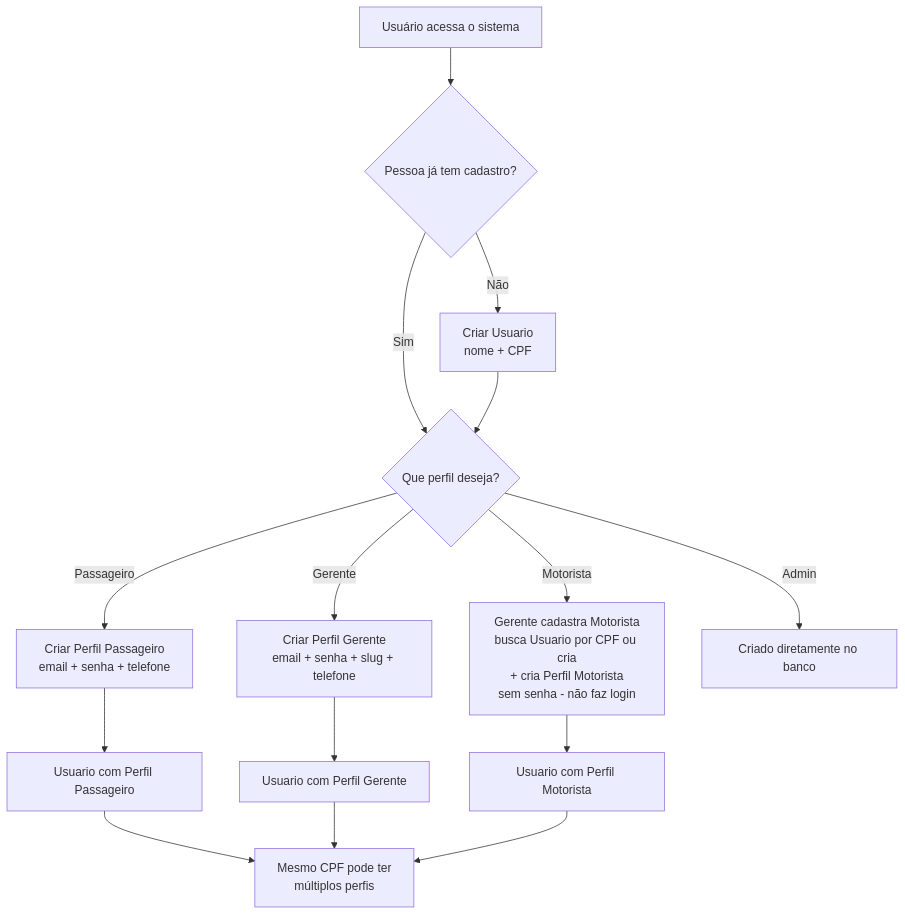
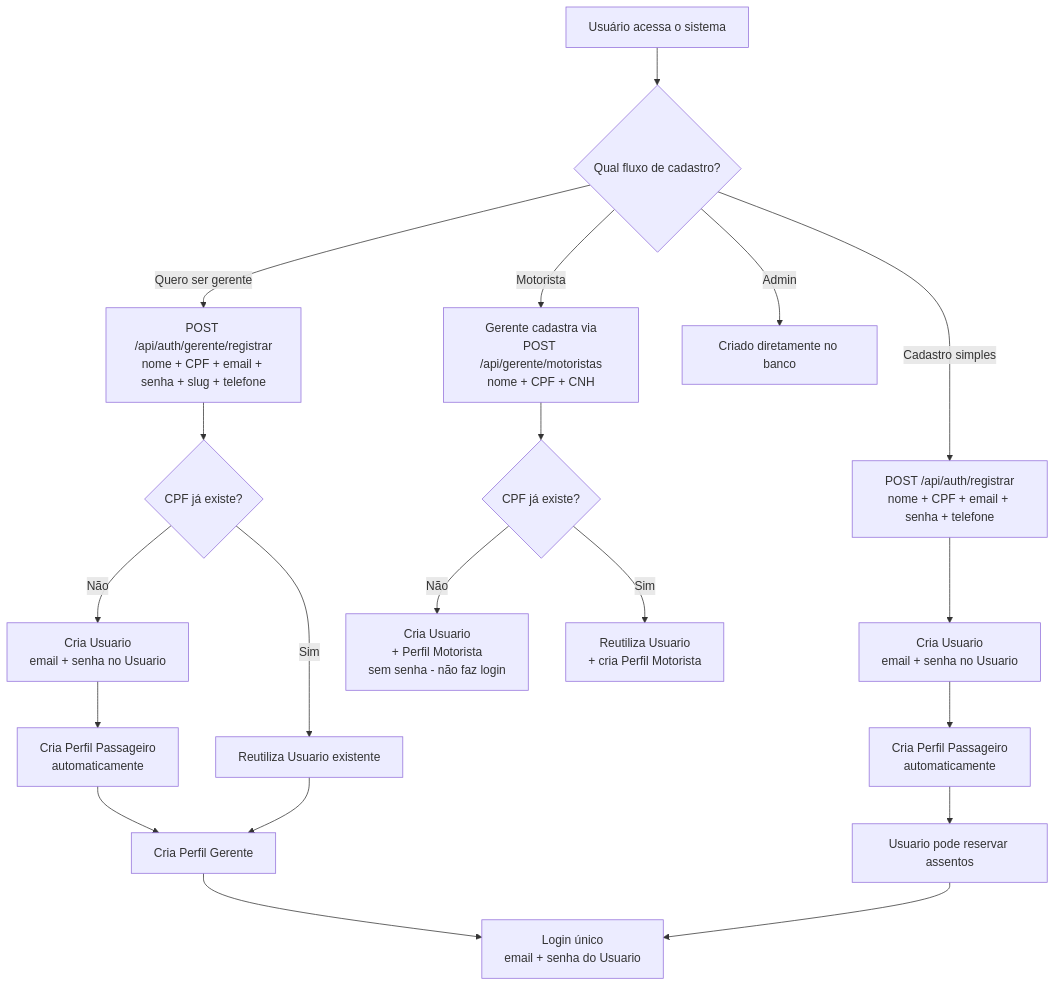
One commit to zico10-arthur/BackEnd-VanBora changed the first of 4 diagrams in plans/inicial.md. Above: the diagram before and after it, drawn with Mermaid. The commit also changed other lines of this file and 3 other files, not shown here.

````diff
--- a/plans/inicial.md
+++ b/plans/inicial.md
@@ -121,19 +152,26 @@
 ```mermaid
 flowchart TD
-    A[Usuário acessa o sistema] --> B{Pessoa já tem cadastro?}
-    B -->|Não| C[Criar Usuario\nnome + CPF]
-    B -->|Sim| D{Que perfil deseja?}
-    C --> D
-    D -->|Passageiro| E[Criar Perfil Passageiro\nemail + senha + telefone]
-    D -->|Gerente| F[Criar Perfil Gerente\nemail + senha + slug + telefone]
-    D -->|Motorista| G[Gerente cadastra Motorista\nbusca Usuario por CPF ou cria\n+ cria Perfil Motorista\nsem senha - não faz login]
-    D -->|Admin| H[Criado diretamente no banco]
+    A[Usuário acessa o sistema] --> B{Qual fluxo de cadastro?}
+    B -->|Cadastro simples| C[POST /api/auth/registrar\nnome + CPF + email + senha + telefone]
+    B -->|Quero ser gerente| D[POST /api/auth/gerente/registrar\nnome + CPF + email + senha + slug + telefone]
+    B -->|Motorista| E[Gerente cadastra via\nPOST /api/gerente/motoristas\nnome + CPF + CNH]
+    B -->|Admin| F[Criado diretamente no banco]
     
-    E --> I[Usuario com Perfil Passageiro]
-    F --> J[Usuario com Perfil Gerente]
-    G --> K[Usuario com Perfil Motorista]
+    C --> G[Cria Usuario\nemail + senha no Usuario]
+    G --> H[Cria Perfil Passageiro\nautomaticamente]
+    H --> I[Usuario pode reservar assentos]
     
-    I --> L[Mesmo CPF pode ter\nmúltiplos perfis]
-    J --> L
-    K --> L
+    D --> J{CPF já existe?}
+    J -->|Não| K[Cria Usuario\nemail + senha no Usuario]
+    K --> L[Cria Perfil Passageiro\nautomaticamente]
+    L --> M[Cria Perfil Gerente]
+    J -->|Sim| N[Reutiliza Usuario existente]
+    N --> M
+    
+    E --> O{CPF já existe?}
+    O -->|Não| P[Cria Usuario\n+ Perfil Motorista\nsem senha - não faz login]
+    O -->|Sim| Q[Reutiliza Usuario\n+ cria Perfil Motorista]
+    
+    M --> R[Login único\nemail + senha do Usuario]
+    I --> R
 ```
````
